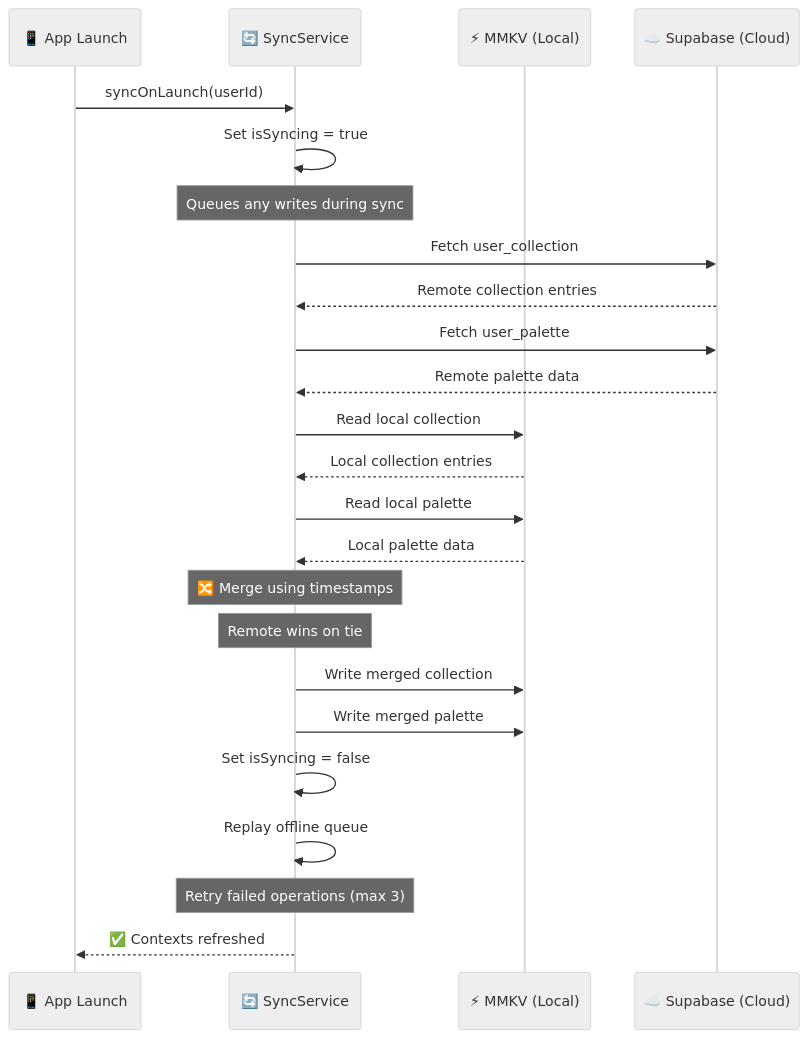
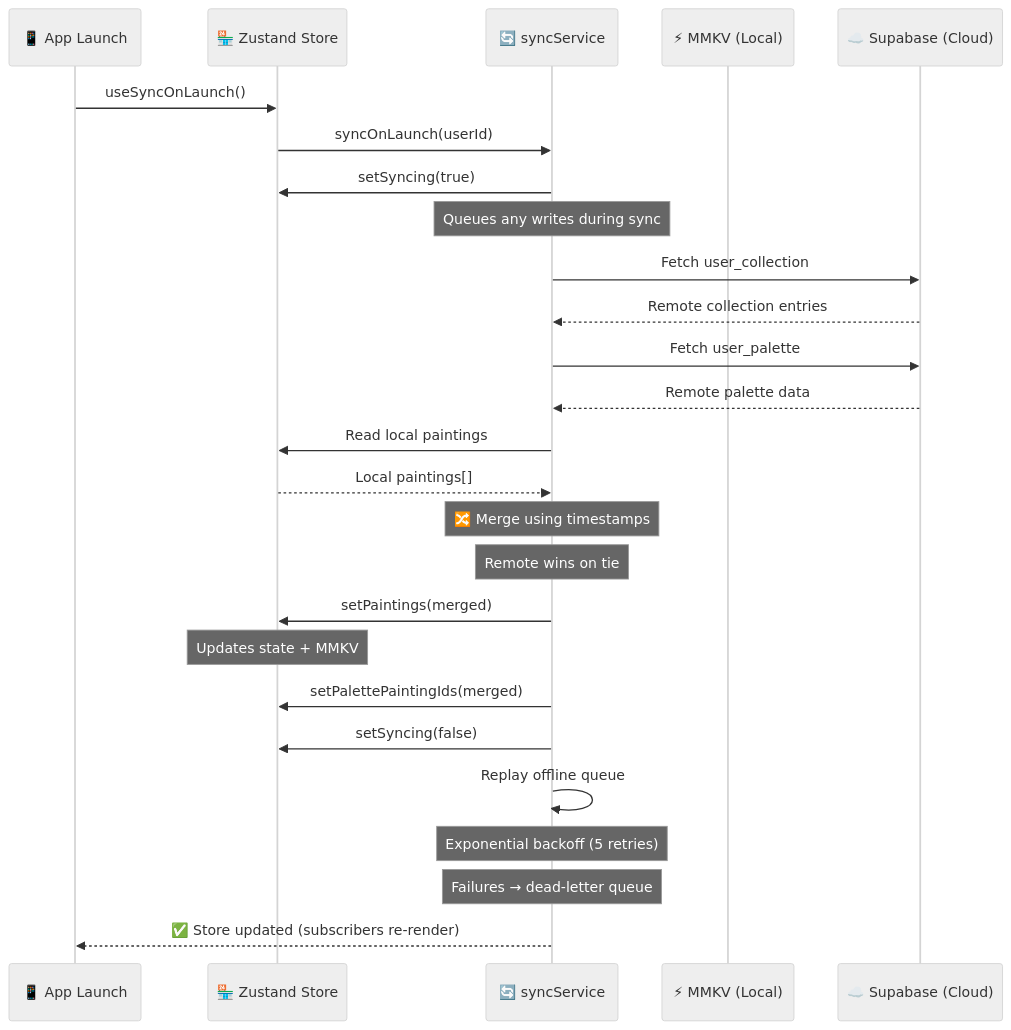
The fifth of 10 diagrams in DEVELOPERS_GUIDE.md (zoha-rakotomalala/Mithra), drawn with Mermaid (neutral theme) before and after one commit. The commit also changed other lines of this file and 35 other files, not shown here.

````diff
--- a/DEVELOPERS_GUIDE.md
+++ b/DEVELOPERS_GUIDE.md
@@ -650,36 +666,37 @@
 ```mermaid
 sequenceDiagram
     participant App as 📱 App Launch
-    participant Sync as 🔄 SyncService
+    participant Store as 🏪 Zustand Store
+    participant Sync as 🔄 syncService
     participant MMKV as ⚡ MMKV (Local)
     participant Supa as ☁️ Supabase (Cloud)
 
-    App->>Sync: syncOnLaunch(userId)
-    Sync->>Sync: Set isSyncing = true
+    App->>Store: useSyncOnLaunch()
+    Store->>Sync: syncOnLaunch(userId)
+    Sync->>Store: setSyncing(true)
     Note over Sync: Queues any writes during sync
 
     Sync->>Supa: Fetch user_collection
     Supa-->>Sync: Remote collection entries
 
     Sync->>Supa: Fetch user_palette
     Supa-->>Sync: Remote palette data
 
-    Sync->>MMKV: Read local collection
-    MMKV-->>Sync: Local collection entries
-
-    Sync->>MMKV: Read local palette
-    MMKV-->>Sync: Local palette data
+    Sync->>Store: Read local paintings
+    Store-->>Sync: Local paintings[]
 
     Note over Sync: 🔀 Merge using timestamps
     Note over Sync: Remote wins on tie
 
-    Sync->>MMKV: Write merged collection
-    Sync->>MMKV: Write merged palette
+    Sync->>Store: setPaintings(merged)
+    Note over Store: Updates state + MMKV
+    Sync->>Store: setPalettePaintingIds(merged)
 
-    Sync->>Sync: Set isSyncing = false
+    Sync->>Store: setSyncing(false)
 
     Sync->>Sync: Replay offline queue
-    Note over Sync: Retry failed operations (max 3)
+    Note over Sync: Exponential backoff (5 retries)
+    Note over Sync: Failures → dead-letter queue
 
-    Sync-->>App: ✅ Contexts refreshed
+    Sync-->>App: ✅ Store updated (subscribers re-render)
 ```
````
